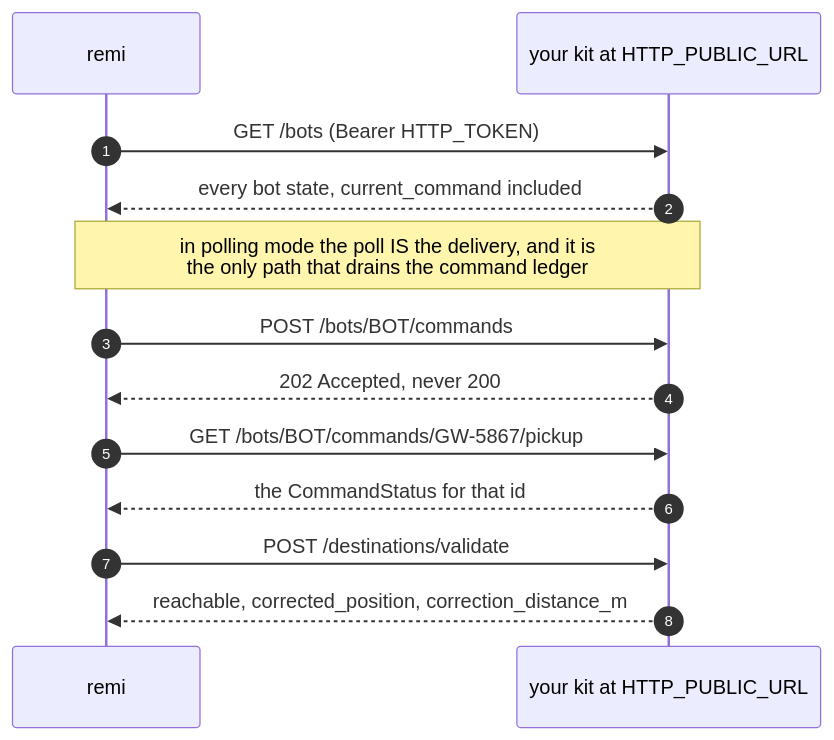
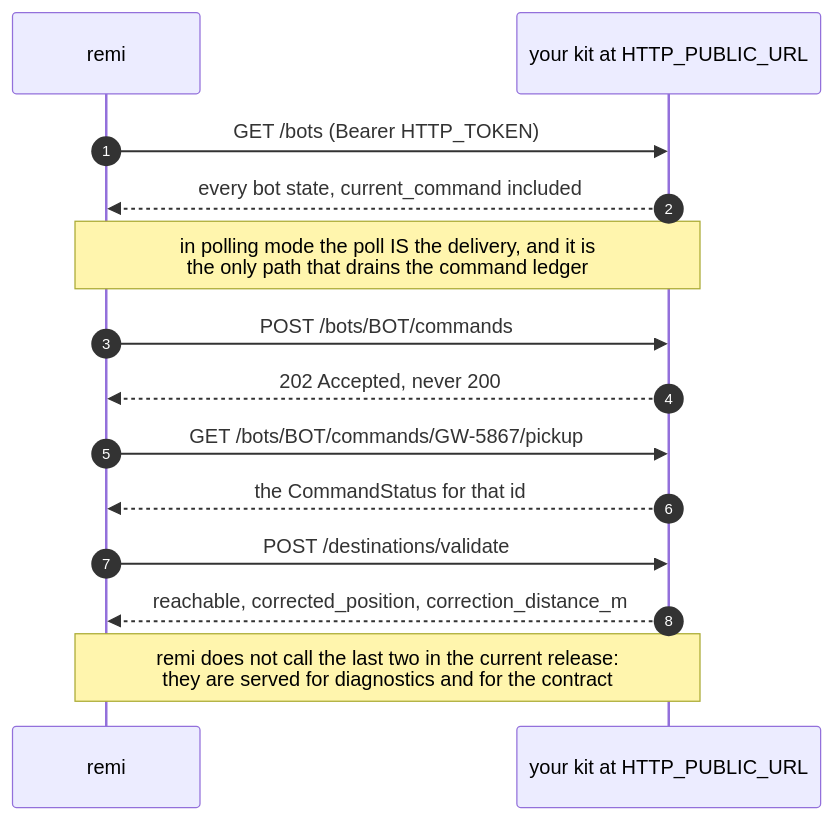
The tenth of 10 diagrams in README.md (gokiwibot/external-fleet-kit), drawn with Mermaid before and after one commit. The commit also changed other lines of this file and 3 other files, not shown here.

First line of the commit message:
docs: README as an architecture document, with its views, quality scenarios and figures

````diff
--- a/README.md
+++ b/README.md
@@ -300,15 +819,16 @@
 ```mermaid
 sequenceDiagram
     autonumber
     participant R as remi
     participant K as your kit at HTTP_PUBLIC_URL
     R->>K: GET /bots (Bearer HTTP_TOKEN)
     K-->>R: every bot state, current_command included
     Note over R,K: in polling mode the poll IS the delivery, and it is<br/>the only path that drains the command ledger
     R->>K: POST /bots/BOT/commands
     K-->>R: 202 Accepted, never 200
     R->>K: GET /bots/BOT/commands/GW-5867/pickup
     K-->>R: the CommandStatus for that id
     R->>K: POST /destinations/validate
     K-->>R: reachable, corrected_position, correction_distance_m
+    Note over R,K: remi does not call the last two in the current release:<br/>they are served for diagnostics and for the contract
 ```
````
